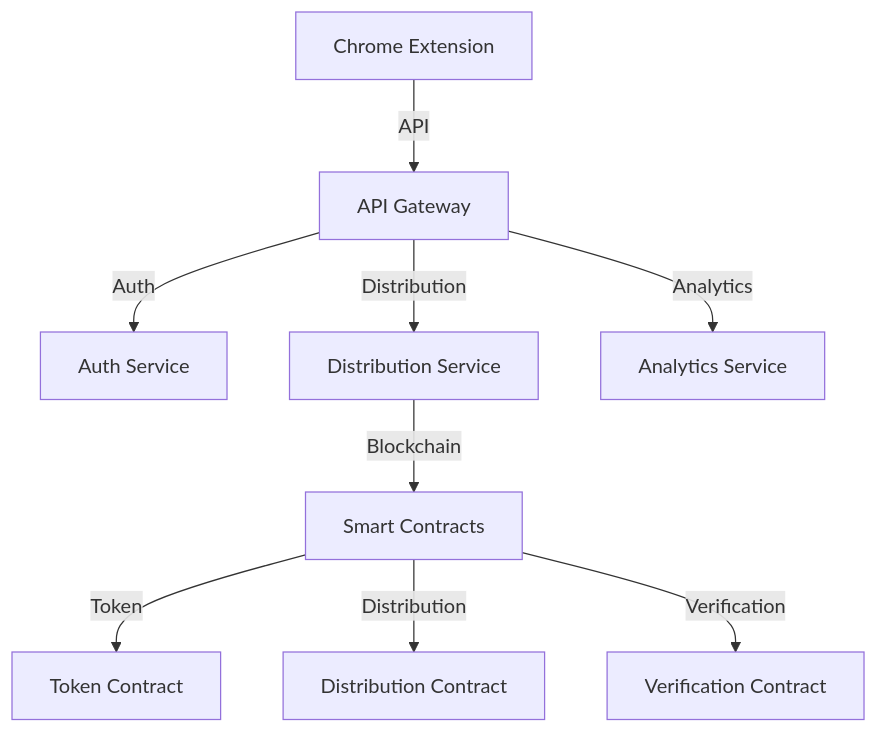
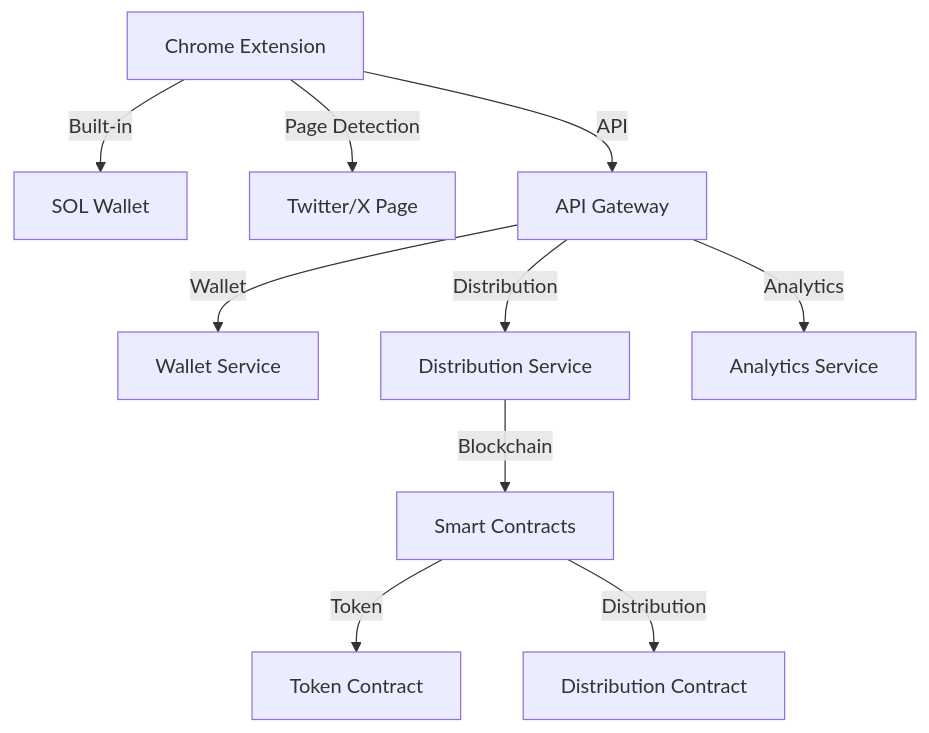
The diagram in docs/architecture.md (MEMEFANS/memefans), drawn with Mermaid before and after one commit. The commit also changed other lines of this file and 14 other files, not shown here.

````diff
--- a/docs/architecture.md
+++ b/docs/architecture.md
@@ -27,11 +28,12 @@
 ```mermaid
 graph TD
-    A[Chrome Extension] -->|API| B[API Gateway]
-    B -->|Auth| C[Auth Service]
-    B -->|Distribution| D[Distribution Service]
-    B -->|Analytics| E[Analytics Service]
-    D -->|Blockchain| F[Smart Contracts]
-    F -->|Token| G[Token Contract]
-    F -->|Distribution| H[Distribution Contract]
-    F -->|Verification| I[Verification Contract]
+    A[Chrome Extension] -->|Built-in| B[SOL Wallet]
+    A -->|Page Detection| C[Twitter/X Page]
+    A -->|API| D[API Gateway]
+    D -->|Wallet| E[Wallet Service]
+    D -->|Distribution| F[Distribution Service]
+    D -->|Analytics| G[Analytics Service]
+    F -->|Blockchain| H[Smart Contracts]
+    H -->|Token| I[Token Contract]
+    H -->|Distribution| J[Distribution Contract]
 ```
````
